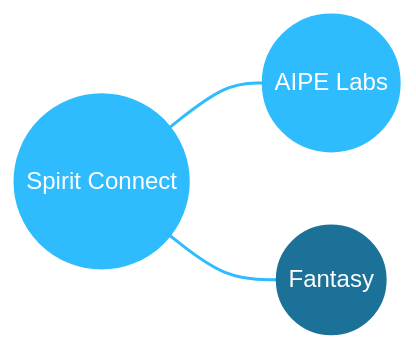
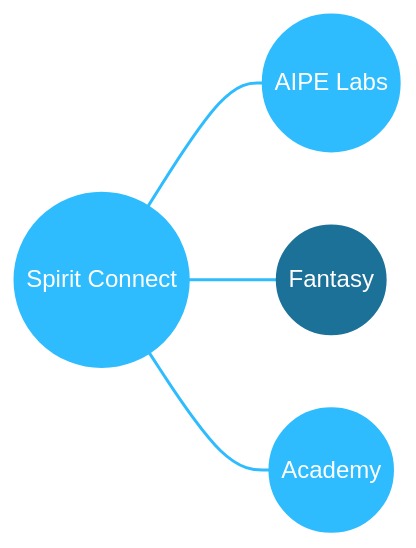
The diagram in README.md (FulongLi/fulongli), drawn with Mermaid before and after one commit. The commit also changed other lines of this file, not shown here.

````diff
--- a/README.md
+++ b/README.md
@@ -19,19 +19,23 @@
 ```mermaid
 flowchart LR
     SC(("Spirit Connect"))
     AIPE(("AIPE Labs"))
     FANTASY(("Fantasy"))
+    ACADEMY(("Academy"))
 
     SC --- AIPE
     SC --- FANTASY
+    SC --- ACADEMY
 
-    linkStyle 0,1 stroke:#2EBCFE,stroke-width:2px;
+    linkStyle 0,1,2 stroke:#2EBCFE,stroke-width:2px;
 
     classDef brand fill:#2EBCFE,stroke:#2EBCFE,stroke-width:2px,color:#ffffff;
     classDef lab fill:#2EBCFE,stroke:#2EBCFE,stroke-width:2px,color:#ffffff;
     classDef story fill:#1C7198,stroke:#1C7198,stroke-width:2px,color:#ffffff;
+    classDef academy fill:#2EBCFE,stroke:#2EBCFE,stroke-width:2px,color:#ffffff;
 
     class SC brand;
     class AIPE lab;
     class FANTASY story;
+    class ACADEMY academy;
 ```
````
